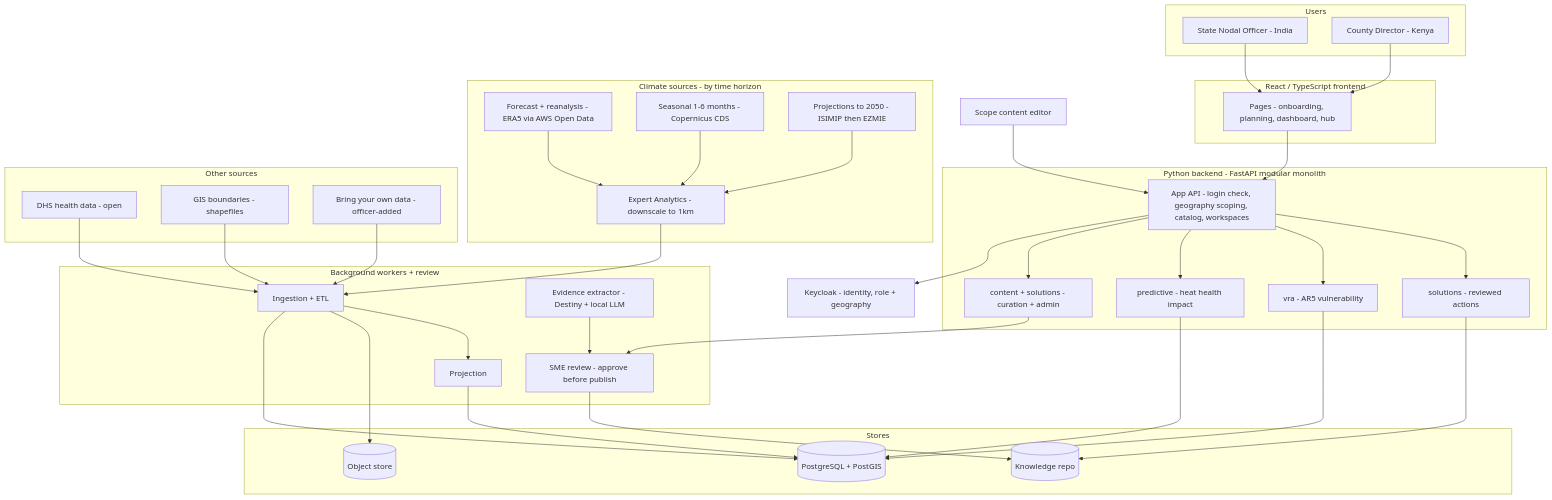
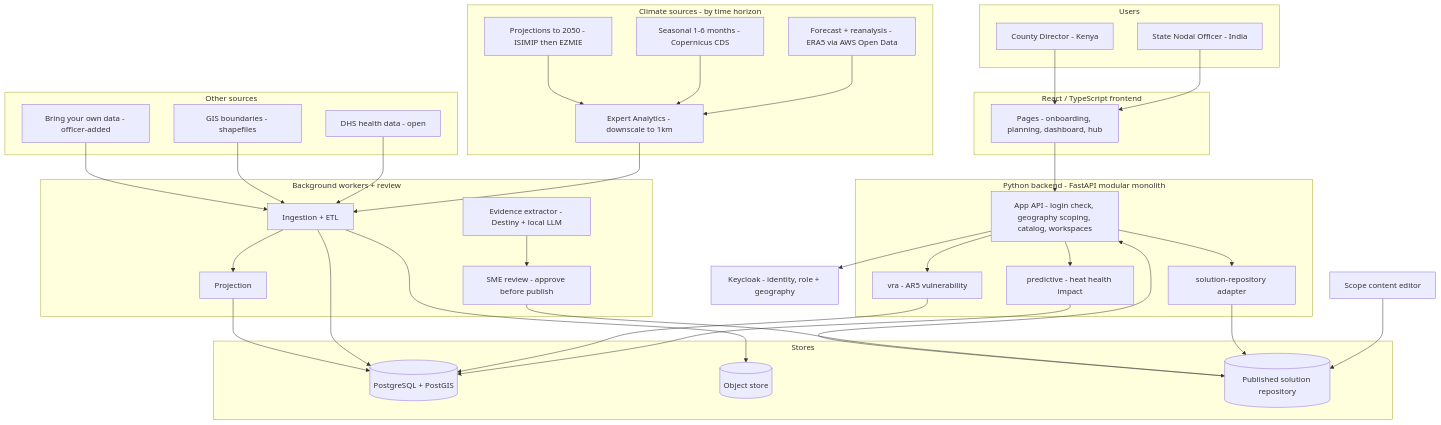
The first of 12 diagrams in docs/tdd.md (CHART-Scope/CHART), drawn with Mermaid before and after one commit. The commit also changed other lines of this file and 28 other files, not shown here.

````diff
--- a/docs/tdd.md
+++ b/docs/tdd.md
@@ -60,68 +62,66 @@
 ```mermaid
 flowchart TB
   subgraph users["Users"]
     officer["State Nodal Officer - India"]
     director["County Director - Kenya"]
   end
   editor["Scope content editor"]
   kc["Keycloak - identity, role + geography"]
   subgraph fe["React / TypeScript frontend"]
     pages["Pages - onboarding, planning, dashboard, hub"]
   end
   subgraph backend["Python backend - FastAPI modular monolith"]
     api["App API - login check, geography scoping, catalog, workspaces"]
-    content["content + solutions - curation + admin"]
     pred["predictive - heat health impact"]
     vra["vra - AR5 vulnerability"]
-    sol["solutions - reviewed actions"]
+    sol["solution-repository adapter"]
   end
   subgraph workers["Background workers + review"]
     ingest["Ingestion + ETL"]
     proj["Projection"]
     extract["Evidence extractor - Destiny + local LLM"]
     review["SME review - approve before publish"]
   end
   subgraph stores["Stores"]
     pg[("PostgreSQL + PostGIS")]
     obj[("Object store")]
-    kb[("Knowledge repo")]
+    kb[("Published solution repository")]
   end
   subgraph climate["Climate sources - by time horizon"]
     forecast["Forecast + reanalysis - ERA5 via AWS Open Data"]
     seasonal["Seasonal 1-6 months - Copernicus CDS"]
     projd["Projections to 2050 - ISIMIP then EZMIE"]
     ea["Expert Analytics - downscale to 1km"]
   end
   subgraph other["Other sources"]
     dhs["DHS health data - open"]
     gis["GIS boundaries - shapefiles"]
     byo["Bring your own data - officer-added"]
   end
 
   officer --> pages
   director --> pages
   pages --> api
-  editor --> api
+  editor --> kb
   api --> kc
-  api --> content
   api --> pred
   api --> vra
   api --> sol
-  content --> review
   pred --> pg
   vra --> pg
   sol --> kb
   forecast --> ea
   seasonal --> ea
   projd --> ea
   ea --> ingest
   dhs --> ingest
   gis --> ingest
   byo --> ingest
   ingest --> pg
   ingest --> obj
   ingest --> proj
   proj --> pg
   extract --> review
   review --> kb
+  kb --> api
 ```
````
